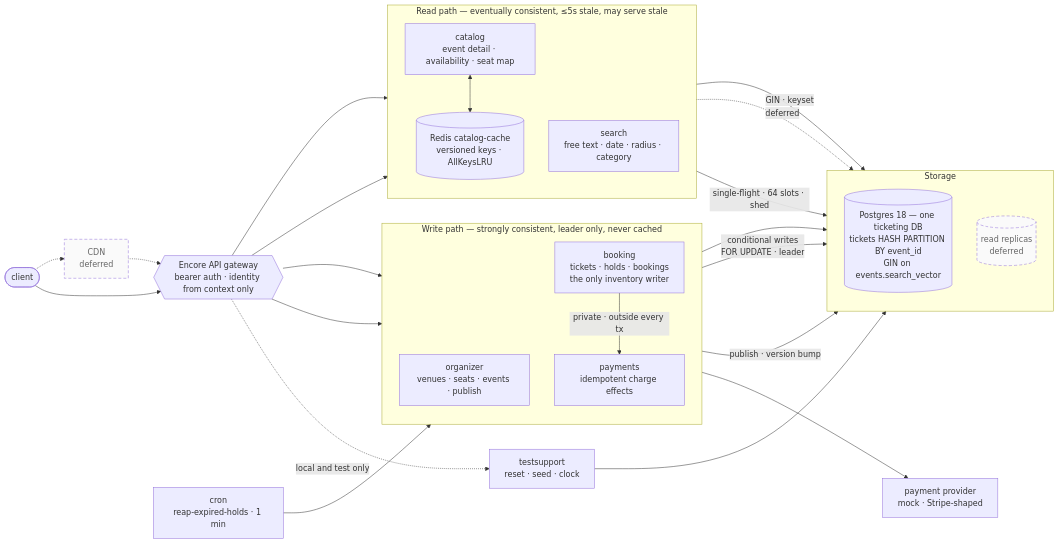
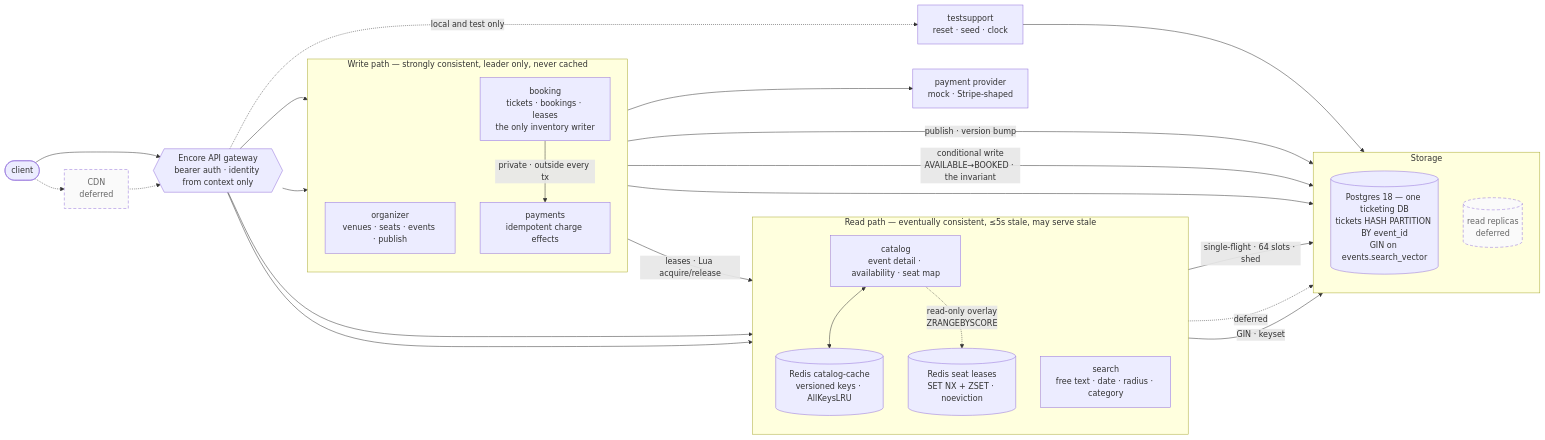
The second of 2 diagrams in docs/system-design.md (conghan-tay/EventTicketingPlatform), drawn with Mermaid before and after one commit. The commit also changed other lines of this file and 25 other files, not shown here.

````diff
--- a/docs/system-design.md
+++ b/docs/system-design.md
@@ -283,56 +287,60 @@
 ```mermaid
 flowchart LR
     Client(["client"])
     CDN["CDN<br/>deferred"]
     GW{{"Encore API gateway<br/>bearer auth · identity from context only"}}
-    CRON["cron<br/>reap-expired-holds · 1 min"]
 
     subgraph readpath["Read path — eventually consistent, ≤5s stale, may serve stale"]
         direction TB
         CAT["catalog<br/>event detail · availability · seat map"]
         REDIS[("Redis catalog-cache<br/>versioned keys · AllKeysLRU")]
+        LOCKS[("Redis seat leases<br/>SET NX + ZSET · noeviction")]
         SRCH["search<br/>free text · date · radius · category"]
         CAT <--> REDIS
     end
 
     subgraph writepath["Write path — strongly consistent, leader only, never cached"]
         direction TB
         ORG["organizer<br/>venues · seats · events · publish"]
-        BK["booking<br/>tickets · holds · bookings<br/>the only inventory writer"]
+        BK["booking<br/>tickets · bookings · leases<br/>the only inventory writer"]
         PAY["payments<br/>idempotent charge effects"]
     end
+
+    %% Two Redis instances, deliberately. The cache may evict anything under pressure;
+    %% a lock must not, so the leases run noeviction on their own instance.
 
     subgraph storage["Storage"]
         direction TB
         PG[("Postgres 18 — one ticketing DB<br/>tickets HASH PARTITION BY event_id<br/>GIN on events.search_vector")]
         REPL[("read replicas<br/>deferred")]
     end
 
     PROV["payment provider<br/>mock · Stripe-shaped"]
     TS["testsupport<br/>reset · seed · clock"]
 
     Client --> GW
     Client -.-> CDN
     CDN -.-> GW
 
     GW --> CAT
     GW --> SRCH
     GW --> BK
     GW --> ORG
     GW -. "local and test only" .-> TS
-    CRON --> BK
 
     CAT -- "single-flight · 64 slots · shed" --> PG
     CAT -. deferred .-> REPL
     SRCH -- "GIN · keyset" --> PG
     ORG -- "publish · version bump" --> PG
-    BK -- "conditional writes<br/>FOR UPDATE · leader" --> PG
+    BK -- "leases · Lua acquire/release" --> LOCKS
+    CAT -. "read-only overlay<br/>ZRANGEBYSCORE" .-> LOCKS
+    BK -- "conditional write<br/>AVAILABLE→BOOKED · the invariant" --> PG
     PAY --> PG
     TS --> PG
 
     BK -- "private · outside every tx" --> PAY
     PAY --> PROV
 
     classDef deferred stroke-dasharray:6 4,color:#666666,fill:#fafafa
     class CDN,REPL deferred
 ```
````
